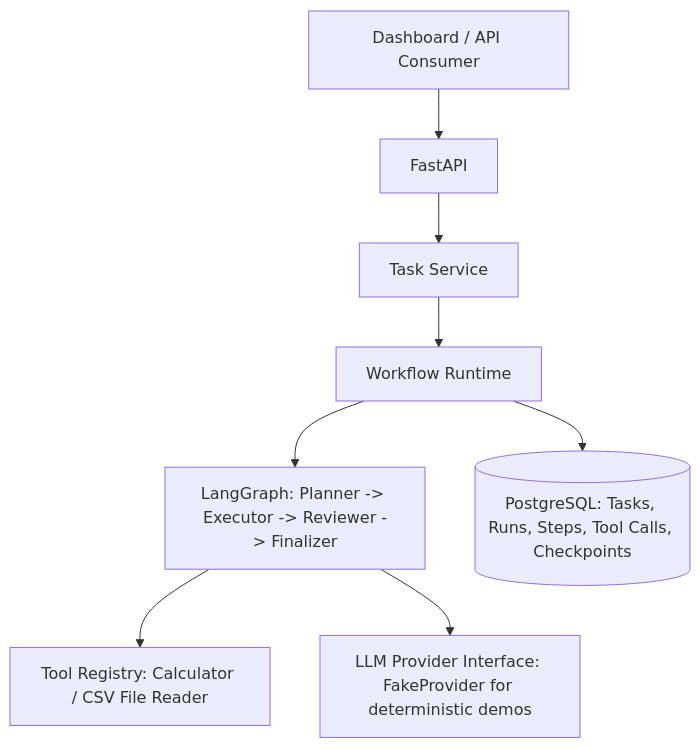
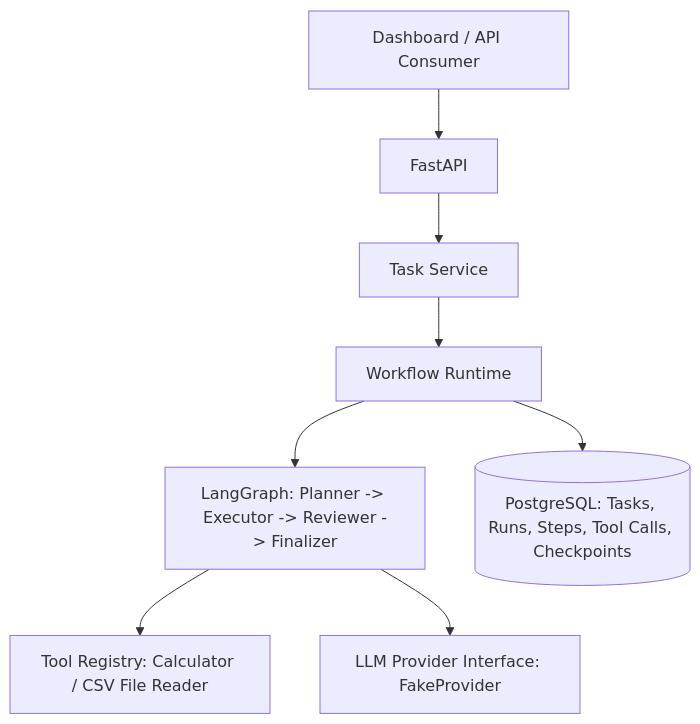
The first of 2 diagrams in README.md (XingYiLiii/agent-workflow-platform), drawn with Mermaid before and after one commit. The commit also changed other lines of this file, not shown here.

````diff
--- a/README.md
+++ b/README.md
@@ -17,10 +18,10 @@
 ```mermaid
 flowchart TD
     UI["Dashboard / API Consumer"] --> API["FastAPI"]
-    API --> Tasks["Task Service"]
-    Tasks --> Runtime["Workflow Runtime"]
+    API --> TaskService["Task Service"]
+    TaskService --> Runtime["Workflow Runtime"]
     Runtime --> Graph["LangGraph: Planner -> Executor -> Reviewer -> Finalizer"]
     Graph --> Tools["Tool Registry: Calculator / CSV File Reader"]
     Runtime --> DB[("PostgreSQL: Tasks, Runs, Steps, Tool Calls, Checkpoints")]
-    Graph --> LLM["LLM Provider Interface: FakeProvider for deterministic demos"]
+    Graph --> LLM["LLM Provider Interface: FakeProvider"]
 ```
````
